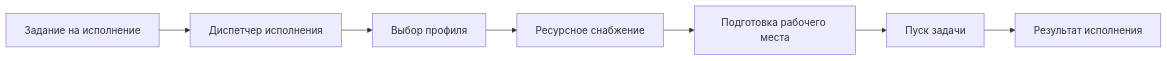
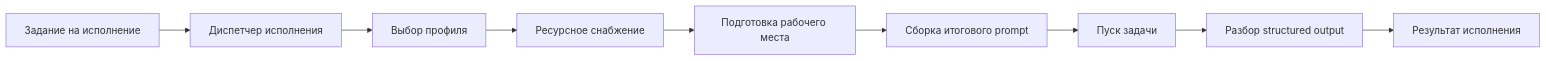
The first of 3 diagrams in docs/contours/execution/ALGORITHM.md (rasungatullin/progress), drawn with Mermaid before and after one commit. The commit also changed other lines of this file and 4 other files, not shown here.

Commit message:
document structured execution io flow

````diff
--- a/docs/contours/execution/ALGORITHM.md
+++ b/docs/contours/execution/ALGORITHM.md
@@ -22,17 +24,21 @@
 ```mermaid
 flowchart LR
     A[Задание на исполнение]
     B[Диспетчер исполнения]
     C[Выбор профиля]
     D[Ресурсное снабжение]
     E[Подготовка рабочего места]
-    F[Пуск задачи]
-    G[Результат исполнения]
+    F[Сборка итогового prompt]
+    G[Пуск задачи]
+    H[Разбор structured output]
+    I[Результат исполнения]
 
     A --> B
     B --> C
     C --> D
     D --> E
     E --> F
     F --> G
+    G --> H
+    H --> I
 ```
````
